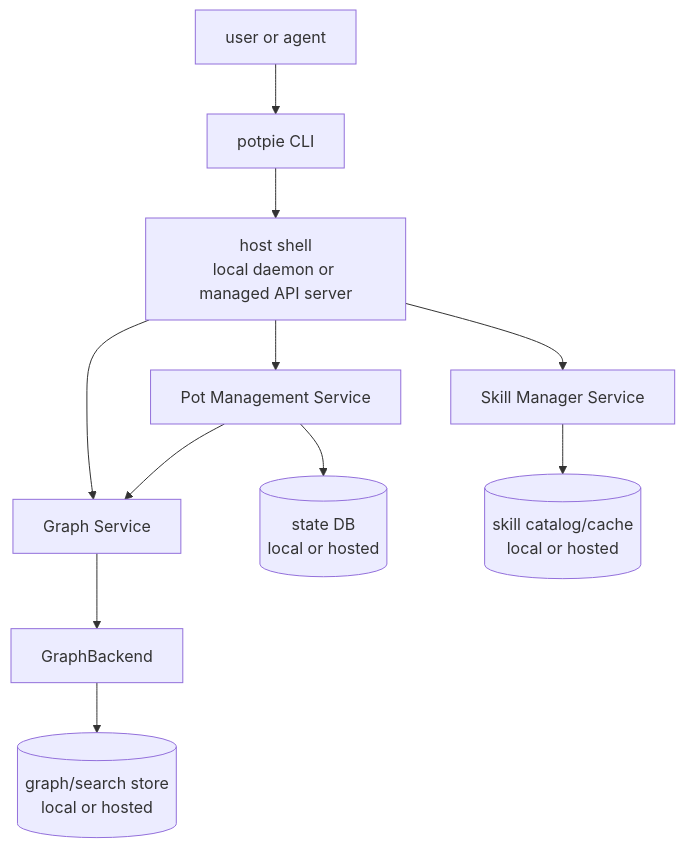
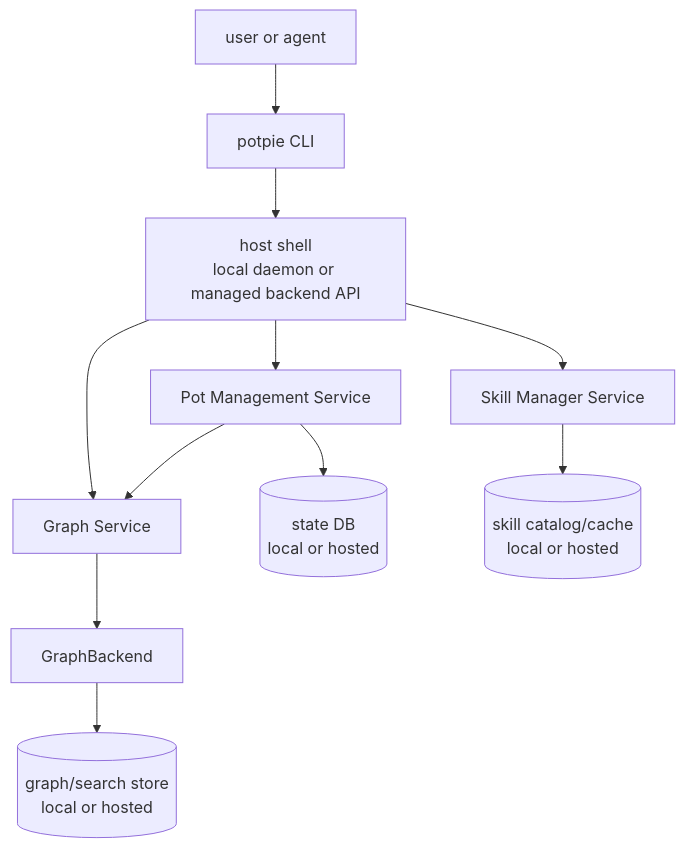
Before and after one commit to potpie-ai/potpie: the first of 12 diagrams in docs/context-graph/architecture.md, drawn with Mermaid. The commit also changed other lines of this file and 138 other files, not shown here.

````diff
--- a/docs/context-graph/architecture.md
+++ b/docs/context-graph/architecture.md
@@ -12,24 +12,24 @@
 ```mermaid
 flowchart TB
   cg_actor["user or agent"]
   cg_cli["potpie CLI"]
-  cg_host["host shell<br/>local daemon or managed API server"]
+  cg_host["host shell<br/>local daemon or managed backend API"]
   cg_pot_service["Pot Management Service"]
   cg_graph_service["Graph Service"]
   cg_backend["GraphBackend"]
   cg_skill_service["Skill Manager Service"]
   cg_state_db[("state DB<br/>local or hosted")]
   cg_graph_store[("graph/search store<br/>local or hosted")]
   cg_skill_cache[("skill catalog/cache<br/>local or hosted")]
 
   cg_actor --> cg_cli
   cg_cli --> cg_host
   cg_host --> cg_pot_service
   cg_host --> cg_graph_service
   cg_host --> cg_skill_service
   cg_pot_service --> cg_state_db
   cg_pot_service --> cg_graph_service
   cg_graph_service --> cg_backend
   cg_backend --> cg_graph_store
   cg_skill_service --> cg_skill_cache
 ```
````
